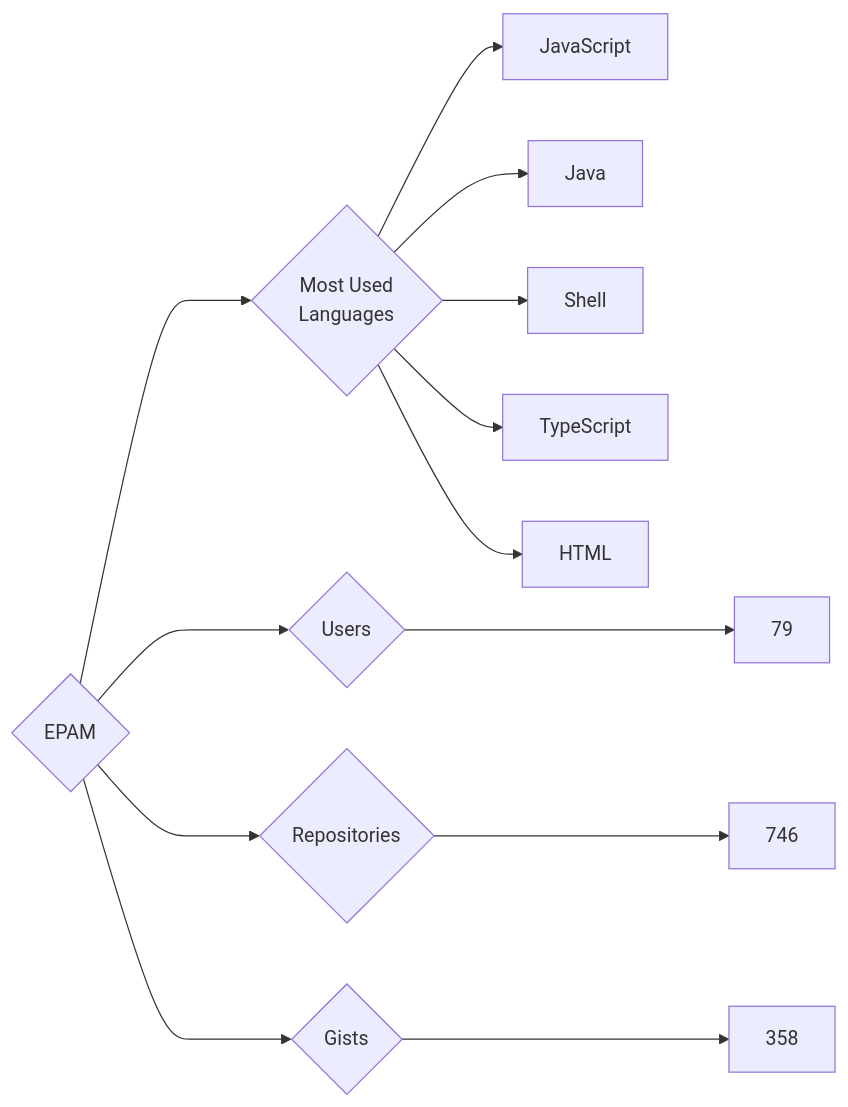
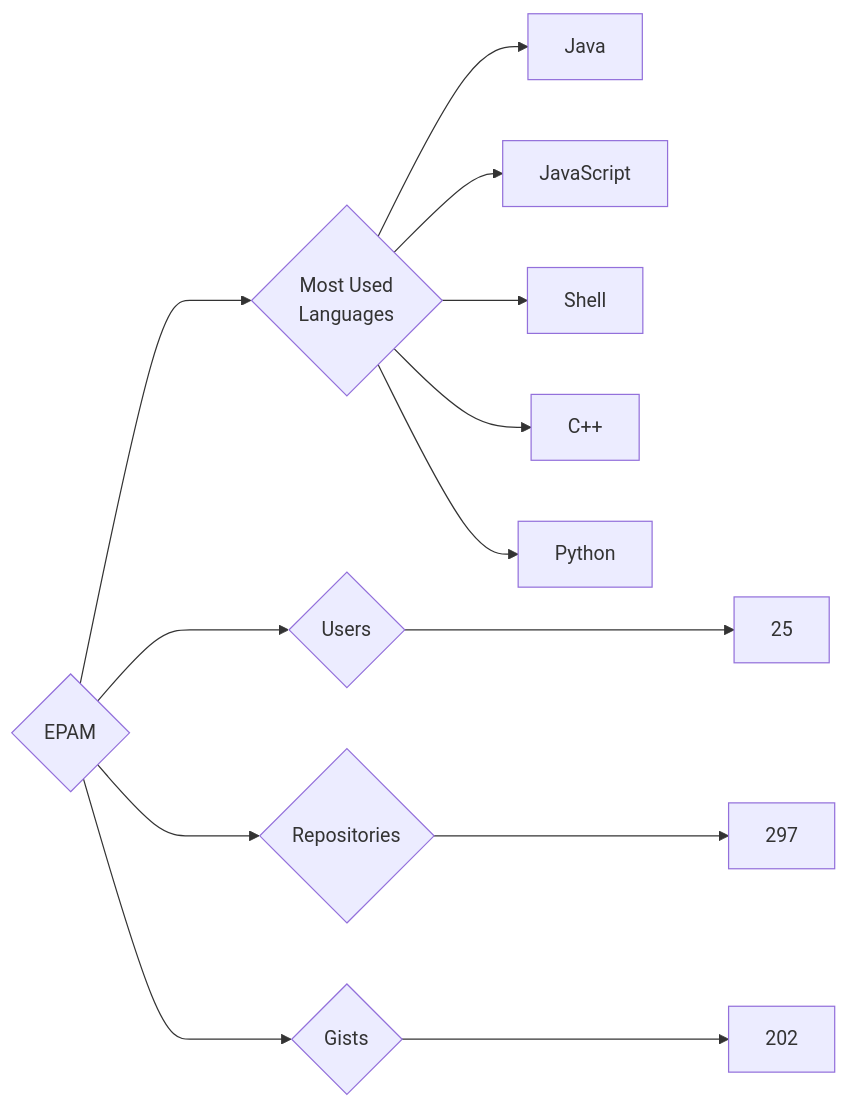
One commit to trickest/insiders changed the diagram in targets/EPAM/README.md. Above: the diagram before and after it, drawn with Mermaid. The commit also changed 676 other files, not shown here.

````diff
--- a/targets/EPAM/README.md
+++ b/targets/EPAM/README.md
@@ -3,13 +3,13 @@
 ```mermaid
 graph LR
 COMPANY_NAME{EPAM}
-COMPANY_NAME ---> U{Users} ---> UN[79]
-COMPANY_NAME ---> R{Repositories} ---> RN[746]
-COMPANY_NAME ---> G{Gists} ---> GN[358]
+COMPANY_NAME ---> U{Users} ---> UN[25]
+COMPANY_NAME ---> R{Repositories} ---> RN[297]
+COMPANY_NAME ---> G{Gists} ---> GN[202]
 COMPANY_NAME ---> ML{Most Used<br>Languages}
+ML --> Java[Java]
 ML --> JavaScript[JavaScript]
-ML --> Java[Java]
 ML --> Shell[Shell]
-ML --> TypeScript[TypeScript]
-ML --> HTML[HTML]
+ML --> C++[C++]
+ML --> Python[Python]
 ```
````
